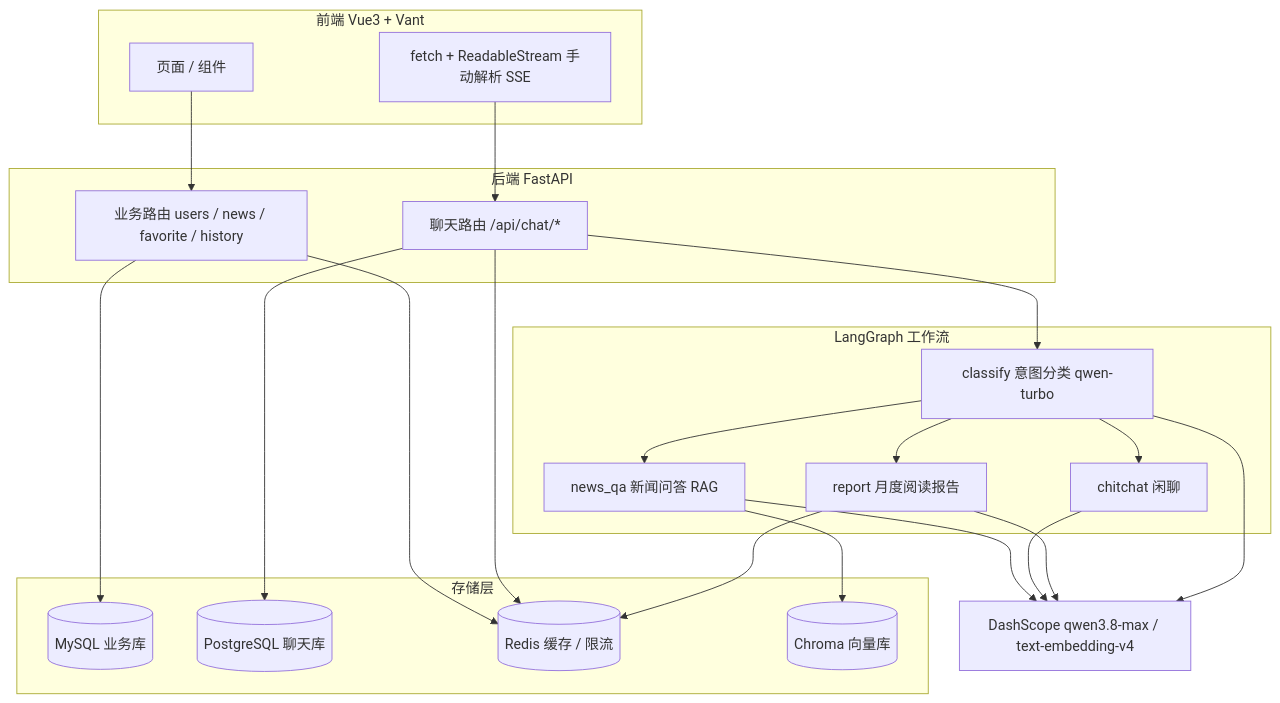
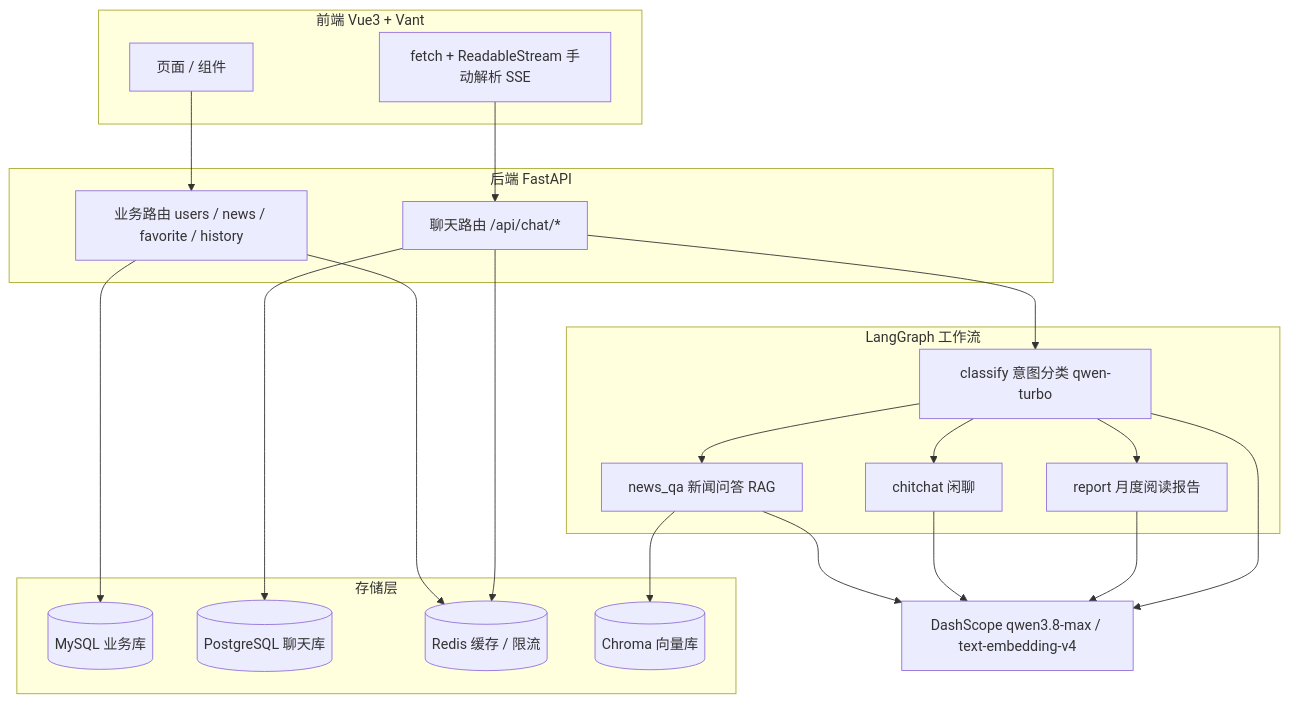
The first of 2 diagrams in README.md (fuzhihaohhhhhhhhhhh/toutiao-news-ai), drawn with Mermaid before and after one commit.

Commit message:
docs: 移除架构图中横跨全图的长连线

````diff
--- a/README.md
+++ b/README.md
@@ -62,45 +62,44 @@
 ```mermaid
 flowchart TB
     subgraph Client["前端 Vue3 + Vant"]
         UI["页面 / 组件"]
         SSE["fetch + ReadableStream 手动解析 SSE"]
     end
 
     subgraph API["后端 FastAPI"]
         R1["业务路由 users / news / favorite / history"]
         R2["聊天路由 /api/chat/*"]
     end
 
     subgraph Agent["LangGraph 工作流"]
         C["classify 意图分类 qwen-turbo"]
         A1["chitchat 闲聊"]
         A2["news_qa 新闻问答 RAG"]
         A3["report 月度阅读报告"]
     end
 
     subgraph Storage["存储层"]
         M[("MySQL 业务库")]
         P[("PostgreSQL 聊天库")]
         RD[("Redis 缓存 / 限流")]
         CH[("Chroma 向量库")]
     end
 
     LLM["DashScope qwen3.8-max / text-embedding-v4"]
 
     UI --> R1
     SSE --> R2
     R1 --> M
     R1 --> RD
     R2 --> P
     R2 --> RD
     R2 --> C
     C --> A1
     C --> A2
     C --> A3
     A2 --> CH
     A2 --> LLM
     A1 --> LLM
     A3 --> LLM
     C --> LLM
-    A3 --> RD
 ```
````
